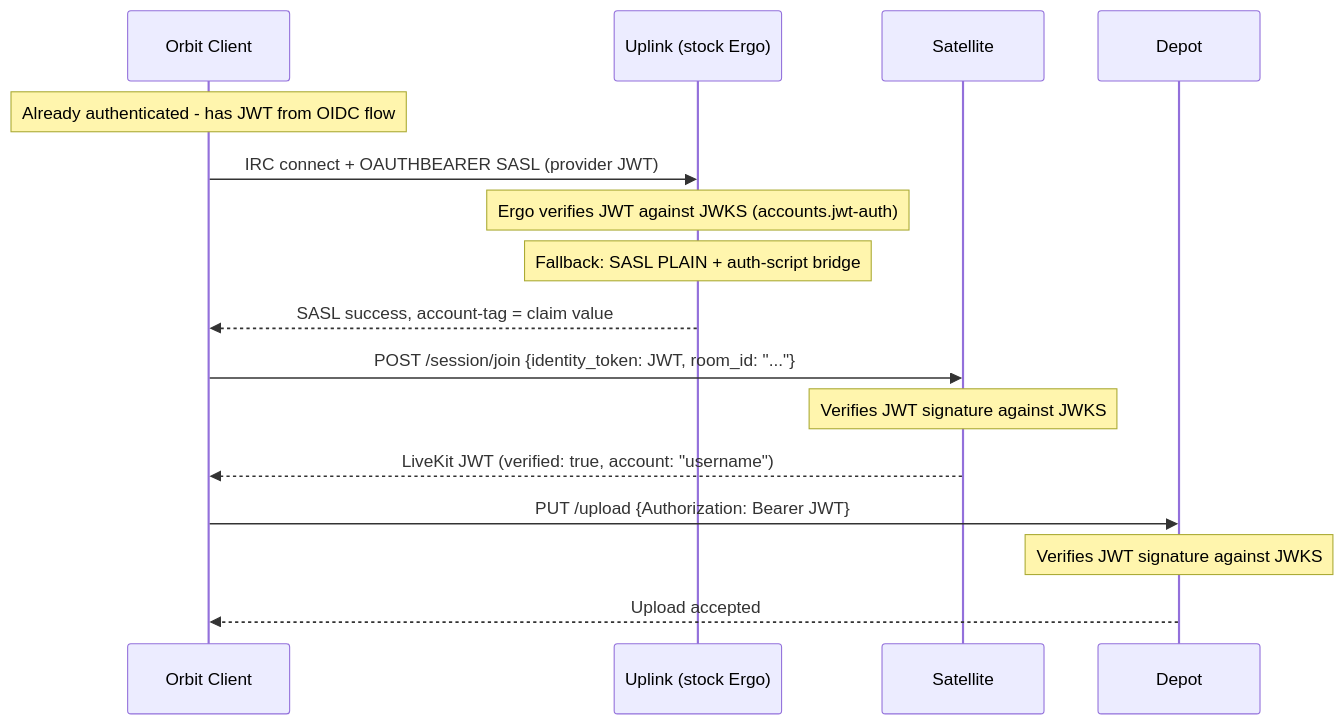
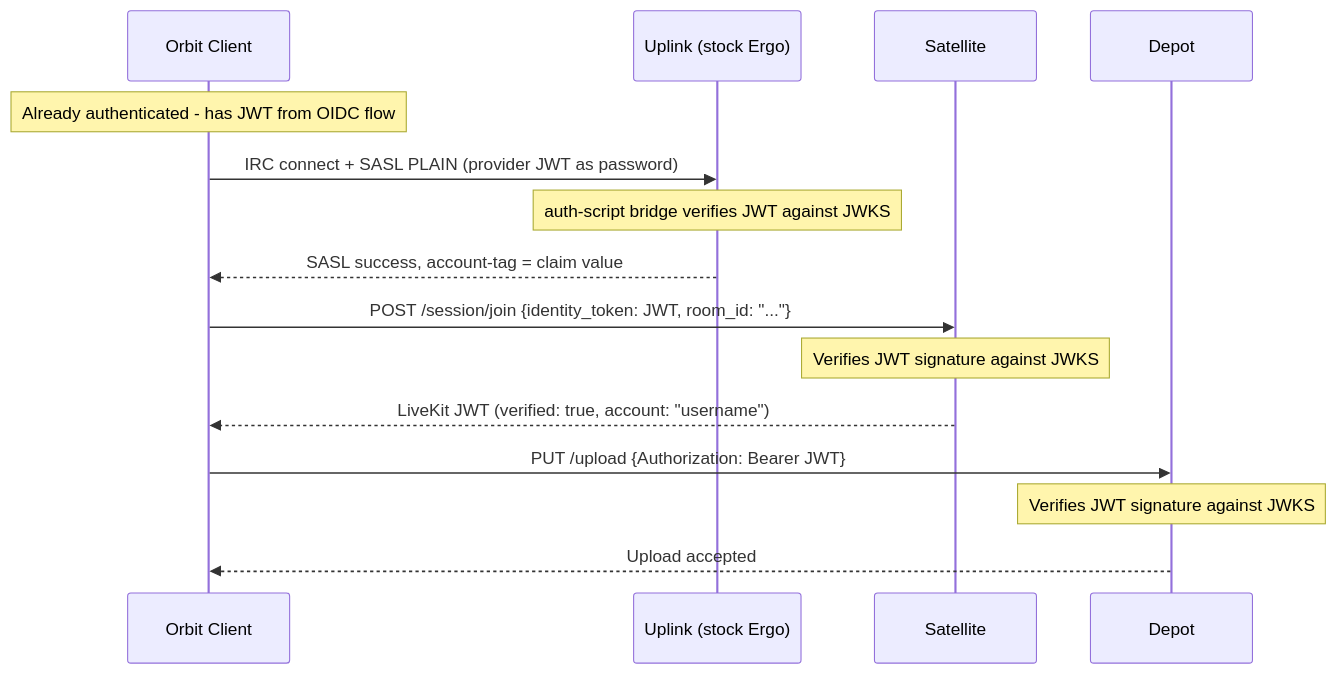
One commit to hivecom/orbit-spec changed the second of 3 diagrams in spec/03-identity/01-authentication.md. Above: the diagram before and after it, drawn with Mermaid. The commit also changed other lines of this file and 8 other files, not shown here.

Commit message:
Clarify JWT verification paths: bridge and native

````diff
--- a/spec/03-identity/01-authentication.md
+++ b/spec/03-identity/01-authentication.md
@@ -45,22 +45,21 @@
 ```mermaid
 sequenceDiagram
     participant O as Orbit Client
     participant GC as Uplink (stock Ergo)
     participant S as Satellite
     participant D as Depot
 
     Note over O: Already authenticated - has JWT from OIDC flow
 
-    O->>GC: IRC connect + OAUTHBEARER SASL (provider JWT)
-    Note over GC: Ergo verifies JWT against JWKS (accounts.jwt-auth)
-    Note over GC: Fallback: SASL PLAIN + auth-script bridge
+    O->>GC: IRC connect + SASL PLAIN (provider JWT as password)
+    Note over GC: auth-script bridge verifies JWT against JWKS
     GC-->>O: SASL success, account-tag = claim value
 
     O->>S: POST /session/join {identity_token: JWT, room_id: "..."}
     Note over S: Verifies JWT signature against JWKS
     S-->>O: LiveKit JWT (verified: true, account: "username")
 
     O->>D: PUT /upload {Authorization: Bearer JWT}
     Note over D: Verifies JWT signature against JWKS
     D-->>O: Upload accepted
 ```
````
